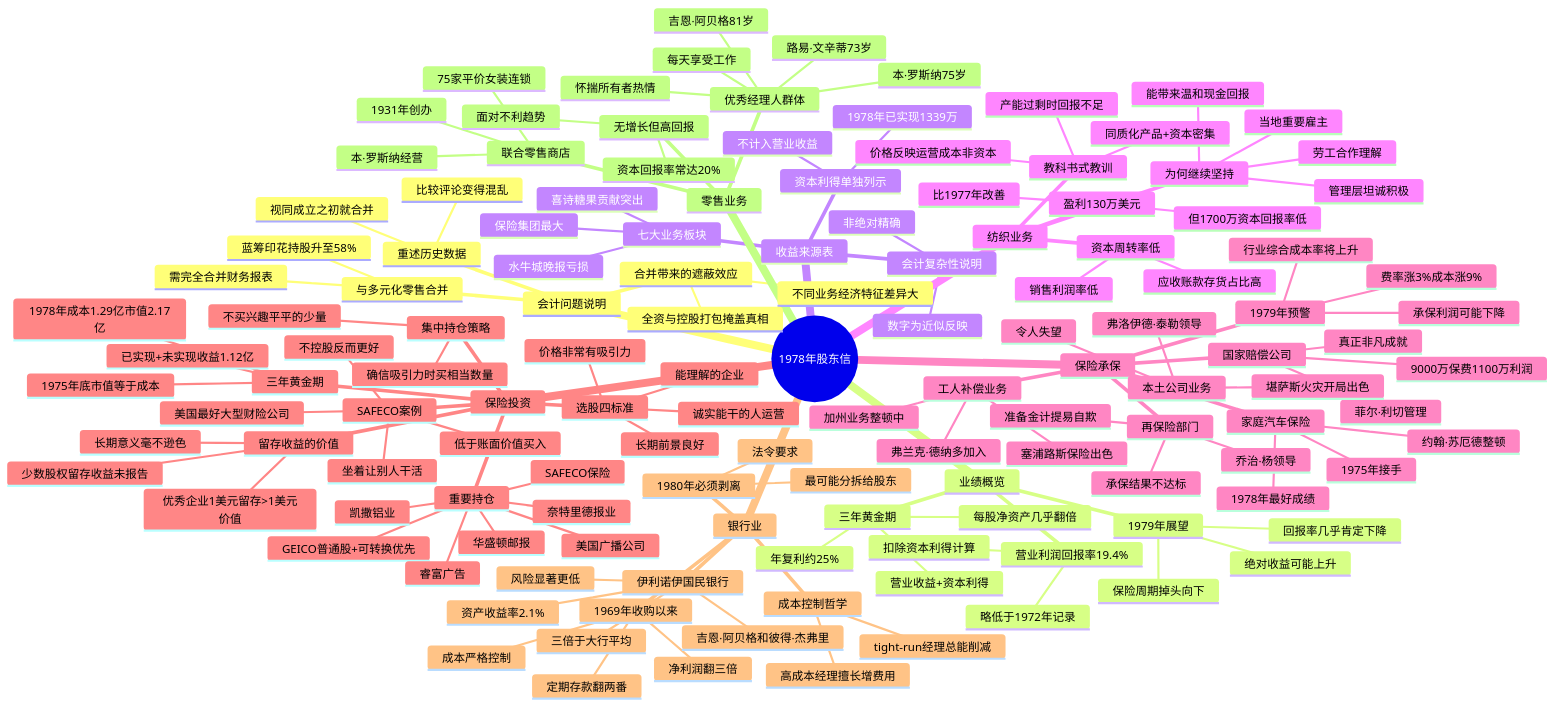
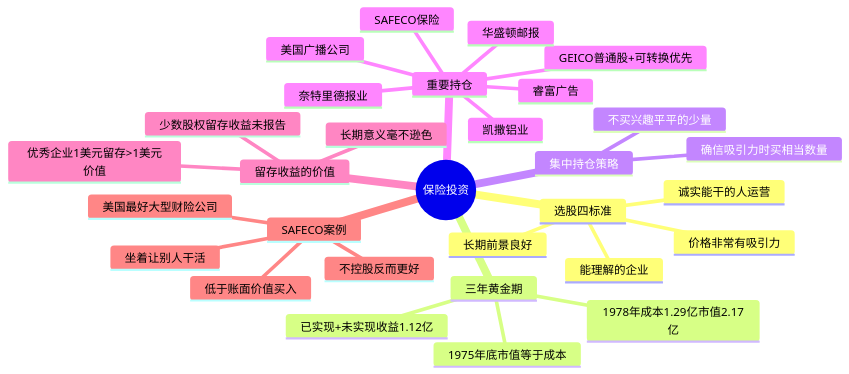
One commit to carllhm/buffett-knowledge-base changed the seventh of 9 diagrams in docs/01_letters/1978年/思维导图.md. Above: the diagram before and after it, drawn with Mermaid. The commit also changed other lines of this file and 719 other files, not shown here.

Commit message:
思维导图重构：两级结构，总览+折叠子导图

````diff
--- a/docs/01_letters/1978年/思维导图.md
+++ b/docs/01_letters/1978年/思维导图.md
@@ -3,138 +188,33 @@
 ```mermaid
 mindmap
-  root((1978年股东信))
-    会计问题说明
-      与多元化零售合并
-        蓝筹印花持股升至58%
-        需完全合并财务报表
-      合并带来的遮蔽效应
-        不同业务经济特征差异大
-        全资与控股打包掩盖真相
-      重述历史数据
-        视同成立之初就合并
-        比较评论变得混乱
-    业绩概览
-      营业利润回报率19.4%
-        略低于1972年记录
-        扣除资本利得计算
-      三年黄金期
-        每股净资产几乎翻倍
-        年复利约25%
-        营业收益+资本利得
-      1979年展望
-        保险周期掉头向下
-        回报率几乎肯定下降
-        绝对收益可能上升
-    收益来源表
-      七大业务板块
-        保险集团最大
-        喜诗糖果贡献突出
-        水牛城晚报亏损
-      资本利得单独列示
-        1978年已实现1339万
-        不计入营业收益
-      会计复杂性说明
-        数字为近似反映
-        非绝对精确
-    纺织业务
-      盈利130万美元
-        比1977年改善
-        但1700万资本回报率低
-      资本周转率低
-        应收账款存货占比高
-        销售利润率低
-      教科书式教训
-        同质化产品+资本密集
-        产能过剩时回报不足
-        价格反映运营成本非资本
-      为何继续坚持
-        当地重要雇主
-        管理层坦诚积极
-        劳工合作理解
-        能带来温和现金回报
-    保险承保
-      国家赔偿公司
-        菲尔·利切管理
-        9000万保费1100万利润
-        真正非凡成就
-      家庭汽车保险
-        约翰·苏厄德整顿
-        1975年接手
-        1978年最好成绩
-      工人补偿业务
-        塞浦路斯保险出色
-        加州业务整顿中
-        弗兰克·德纳多加入
-      再保险部门
-        乔治·杨领导
-        承保结果不达标
-        准备金计提易自欺
-      本土公司业务
-        令人失望
-        堪萨斯火灾开局出色
-        弗洛伊德·泰勒领导
-      1979年预警
-        行业综合成本率将上升
-        费率涨3%成本涨9%
-        承保利润可能下降
-    保险投资
-      选股四标准
-        能理解的企业
-        长期前景良好
-        诚实能干的人运营
-        价格非常有吸引力
-      三年黄金期
-        1975年底市值等于成本
-        1978年成本1.29亿市值2.17亿
-        已实现+未实现收益1.12亿
-      集中持仓策略
-        不买兴趣平平的少量
-        确信吸引力时买相当数量
-      重要持仓
-        GEICO普通股+可转换优先
-        SAFECO保险
-        华盛顿邮报
-        美国广播公司
-        凯撒铝业
-        奈特里德报业
-        睿富广告
-      留存收益的价值
-        少数股权留存收益未报告
-        长期意义毫不逊色
-        优秀企业1美元留存>1美元价值
-      SAFECO案例
-        美国最好大型财险公司
-        低于账面价值买入
-        不控股反而更好
-        坐着让别人干活
-    银行业
-      伊利诺伊国民银行
-        吉恩·阿贝格和彼得·杰弗里
-        资产收益率2.1%
-        三倍于大行平均
-        风险显著更低
-      1969年收购以来
-        定期存款翻两番
-        净利润翻三倍
-        成本严格控制
-      成本控制哲学
-        高成本经理擅长增费用
-        tight-run经理总能削减
-      1980年必须剥离
-        法令要求
-        最可能分拆给股东
-    零售业务
-      联合零售商店
-        75家平价女装连锁
-        本·罗斯纳经营
-        1931年创办
-      无增长但高回报
-        面对不利趋势
-        资本回报率常达20%
-      优秀经理人群体
-        本·罗斯纳75岁
-        吉恩·阿贝格81岁
-        路易·文辛蒂73岁
-        怀揣所有者热情
-        每天享受工作
+  root((保险投资))
+    选股四标准
+      能理解的企业
+      长期前景良好
+      诚实能干的人运营
+      价格非常有吸引力
+    三年黄金期
+      1975年底市值等于成本
+      1978年成本1.29亿市值2.17亿
+      已实现+未实现收益1.12亿
+    集中持仓策略
+      不买兴趣平平的少量
+      确信吸引力时买相当数量
+    重要持仓
+      GEICO普通股+可转换优先
+      SAFECO保险
+      华盛顿邮报
+      美国广播公司
+      凯撒铝业
+      奈特里德报业
+      睿富广告
+    留存收益的价值
+      少数股权留存收益未报告
+      长期意义毫不逊色
+      优秀企业1美元留存>1美元价值
+    SAFECO案例
+      美国最好大型财险公司
+      低于账面价值买入
+      不控股反而更好
+      坐着让别人干活
 ```
````
